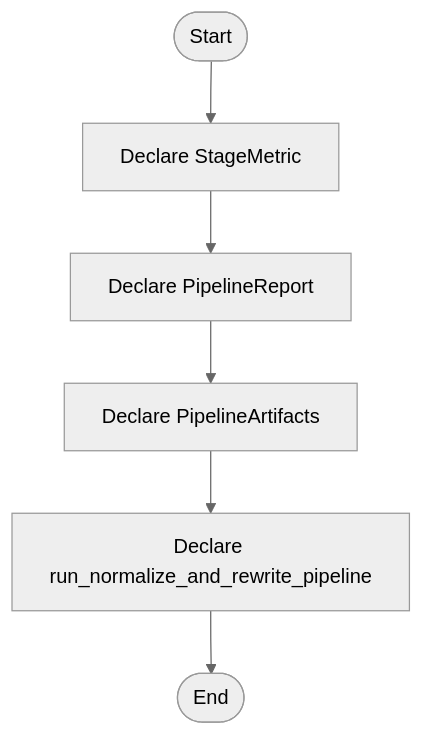
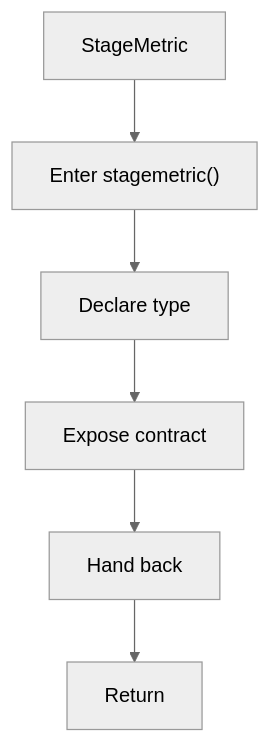
One commit to JohnAndrewBalbarosa/NeoTerritory changed the fourth of 8 diagrams in docs/Codebase/Microservice/Modules/Header/SyntacticBrokenAST/Pipeline-Contracts/algorithm_pipeline.hpp.md. Above: the diagram before and after it, drawn with Mermaid (neutral theme). The commit also changed other lines of this file and 752 other files, not shown here.

````diff
--- a/docs/Codebase/Microservice/Modules/Header/SyntacticBrokenAST/Pipeline-Contracts/algorithm_pipeline.hpp.md
+++ b/docs/Codebase/Microservice/Modules/Header/SyntacticBrokenAST/Pipeline-Contracts/algorithm_pipeline.hpp.md
@@ -42,14 +113,14 @@
 ```mermaid
 flowchart TD
-    Start([Start])
-    N0[Declare StageMetric]
-    N1[Declare PipelineReport]
-    N2[Declare PipelineArtifacts]
-    N3[Declare run_normalize_and_rewrite_pipeline]
-    End([End])
+    Start["StageMetric"]
+    N0["Enter stagemetric()"]
+    N1["Declare type"]
+    N2["Expose contract"]
+    N3["Hand back"]
+    End["Return"]
     Start --> N0
     N0 --> N1
     N1 --> N2
     N2 --> N3
     N3 --> End
 ```
````
